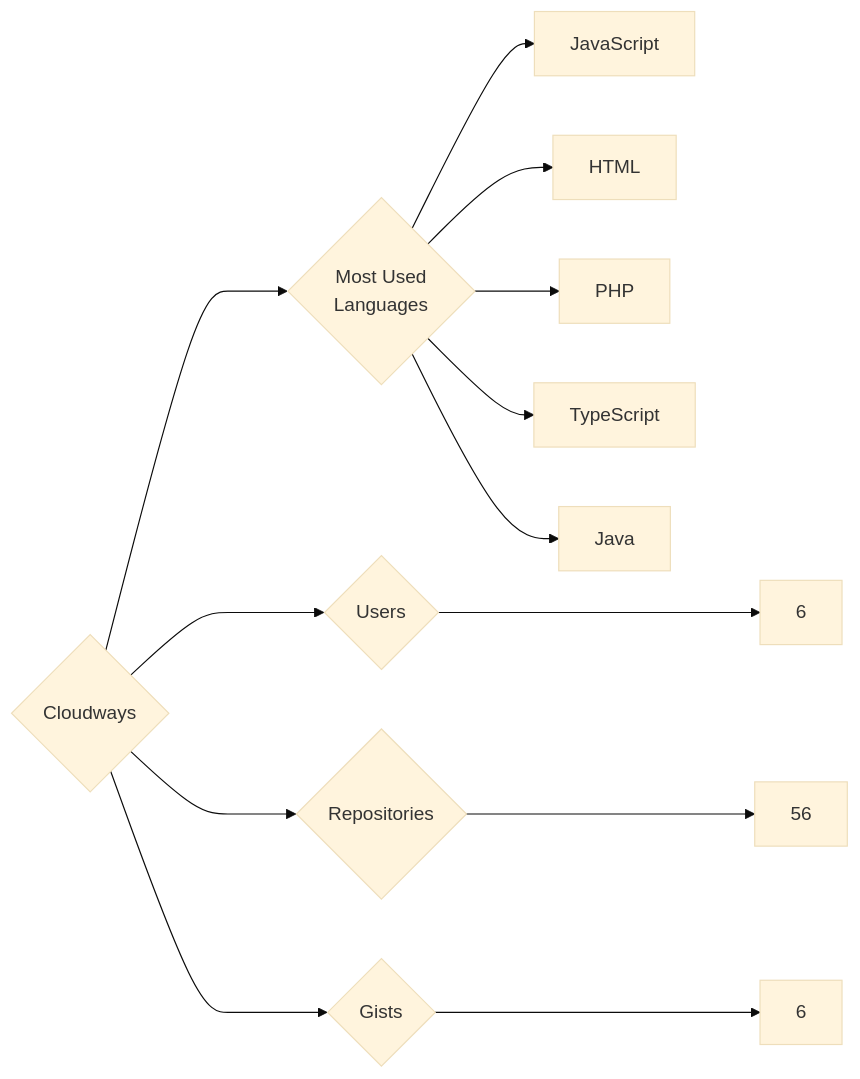
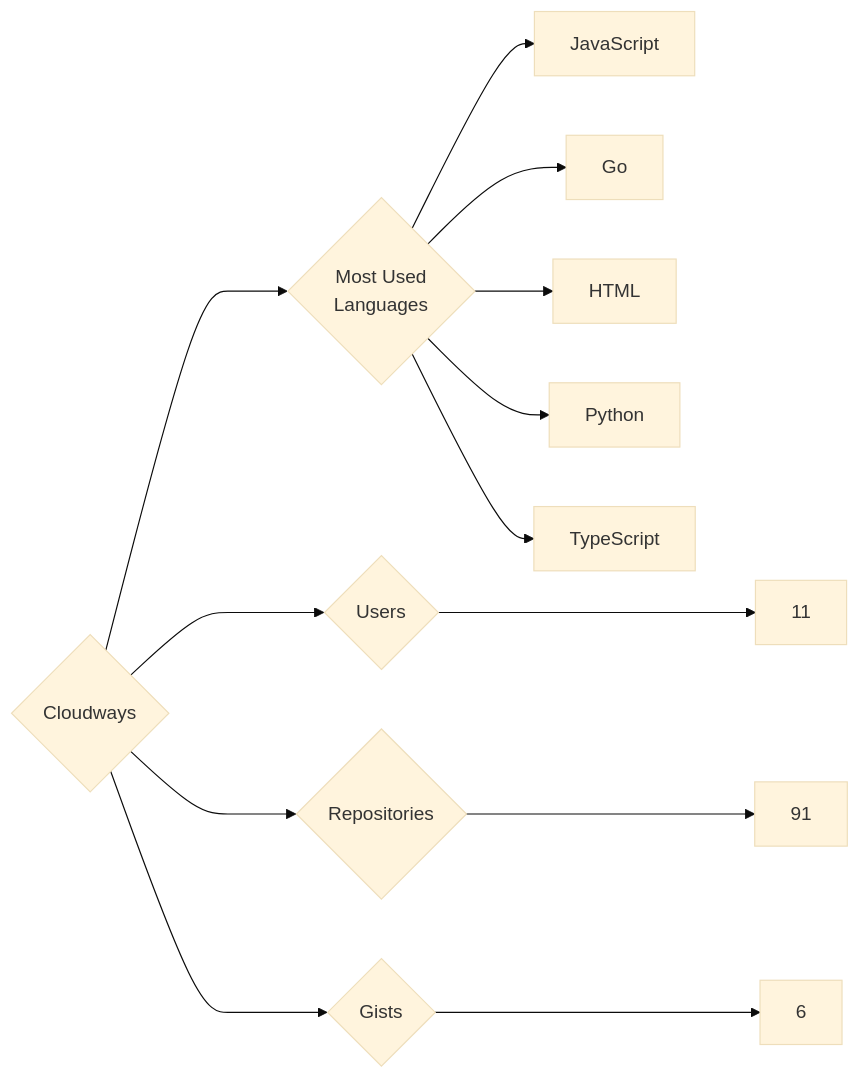
One commit to trickest/insiders changed the diagram in targets/Cloudways/README.md. Above: the diagram before and after it, drawn with Mermaid (base theme). The commit also changed 699 other files, not shown here.

````diff
--- a/targets/Cloudways/README.md
+++ b/targets/Cloudways/README.md
@@ -3,13 +3,13 @@
 ```mermaid
 graph LR
 COMPANY_NAME{Cloudways}
-COMPANY_NAME ---> U{Users} ---> UN[6]
-COMPANY_NAME ---> R{Repositories} ---> RN[56]
+COMPANY_NAME ---> U{Users} ---> UN[11]
+COMPANY_NAME ---> R{Repositories} ---> RN[91]
 COMPANY_NAME ---> G{Gists} ---> GN[6]
 COMPANY_NAME ---> ML{Most Used<br>Languages}
 ML --> JavaScript[JavaScript]
+ML --> Go[Go]
 ML --> HTML[HTML]
-ML --> PHP[PHP]
+ML --> Python[Python]
 ML --> TypeScript[TypeScript]
-ML --> Java[Java]
 ```
````
